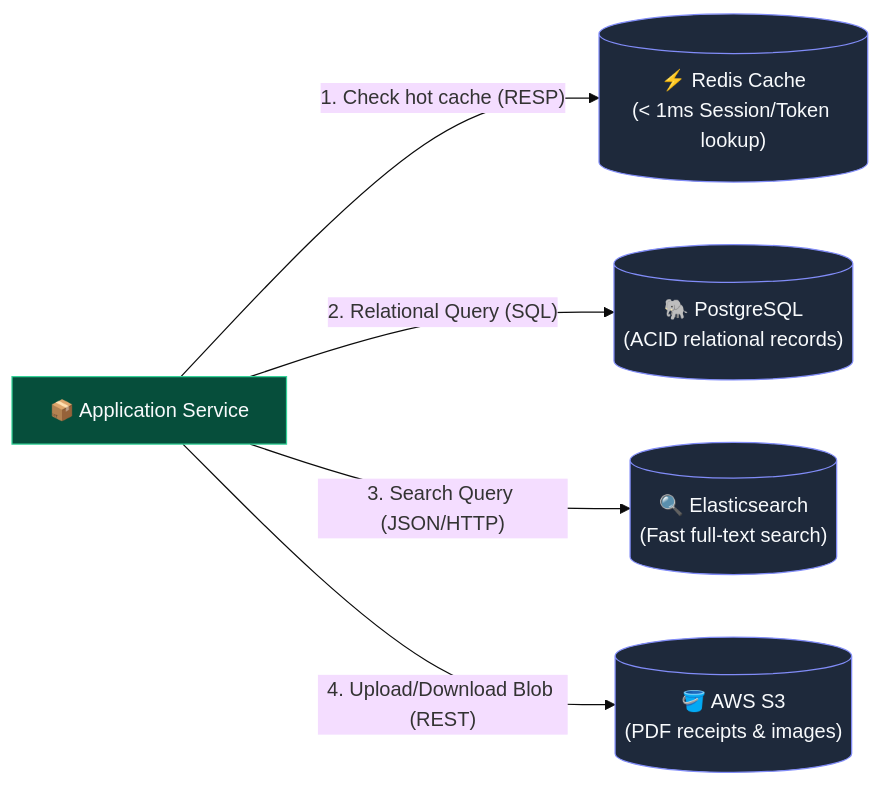
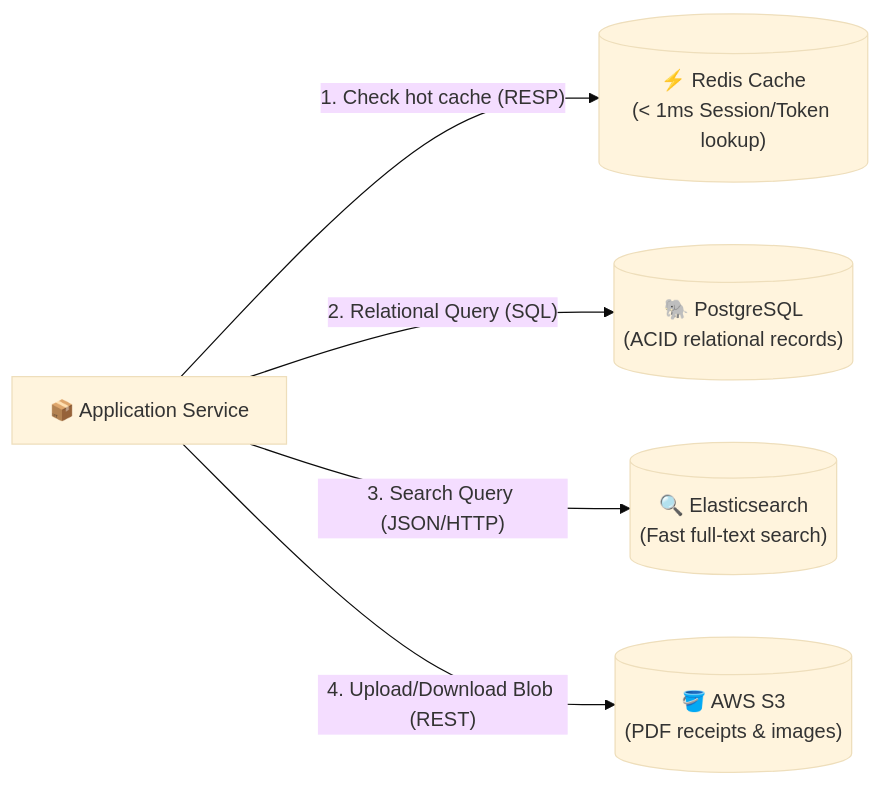
Before and after one commit to AkmKawser/System-Design: diagram 18 of 50 in topics/0.FUNDAMENTALS/API Architecture and Design/output/Note_version-1_API_Architecture_and_Design/API_Architecture_and_Design.md, drawn with Mermaid (base theme). The commit also changed other lines of this file and 6 other files, not shown here.

Commit message:
fix(diagrams): remove dark fills and rects to ensure full visibility on GitHub light theme

````diff
--- a/topics/0.FUNDAMENTALS/API Architecture and Design/output/Note_version-1_API_Architecture_and_Design/API_Architecture_and_Design.md
+++ b/topics/0.FUNDAMENTALS/API Architecture and Design/output/Note_version-1_API_Architecture_and_Design/API_Architecture_and_Design.md
@@ -810,19 +723,14 @@
 ```mermaid
 flowchart LR
     Service["📦 Application Service"]
 
     Redis[("⚡ Redis Cache\n(< 1ms Session/Token lookup)")]
     Postgres[("🐘 PostgreSQL\n(ACID relational records)")]
     Elastic[("🔍 Elasticsearch\n(Fast full-text search)")]
     S3[("🪣 AWS S3\n(PDF receipts & images)")]
 
     Service -->|"1. Check hot cache (RESP)"| Redis
     Service -->|"2. Relational Query (SQL)"| Postgres
     Service -->|"3. Search Query (JSON/HTTP)"| Elastic
     Service -->|"4. Upload/Download Blob (REST)"| S3
-
-    classDef svc fill:#064e3b,stroke:#34d399,stroke-width:1px,color:#f8fafc;
-    classDef db fill:#1e293b,stroke:#818cf8,stroke-width:1px,color:#f8fafc;
-    class Service svc;
-    class Redis,Postgres,Elastic,S3 db;
 ```
````
